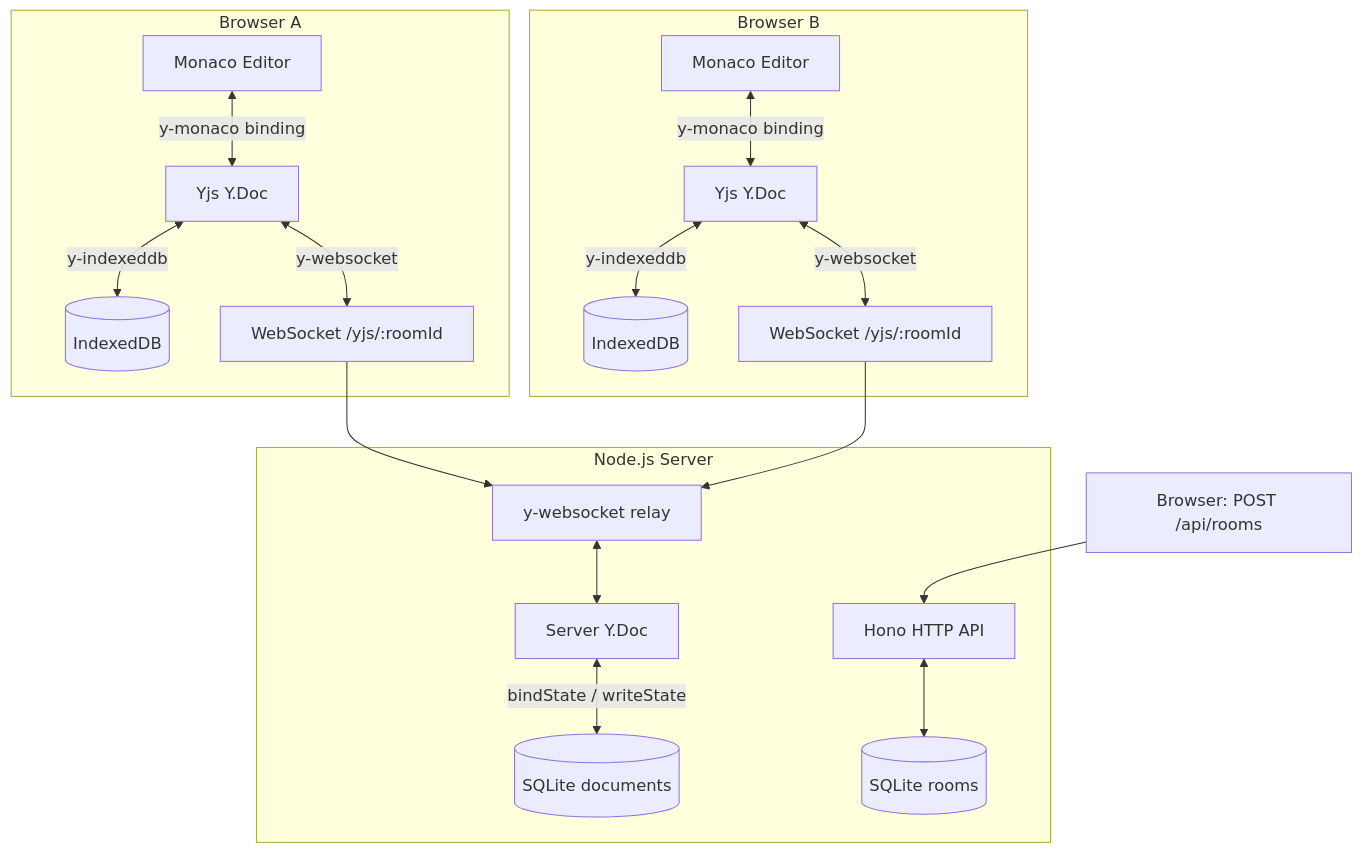
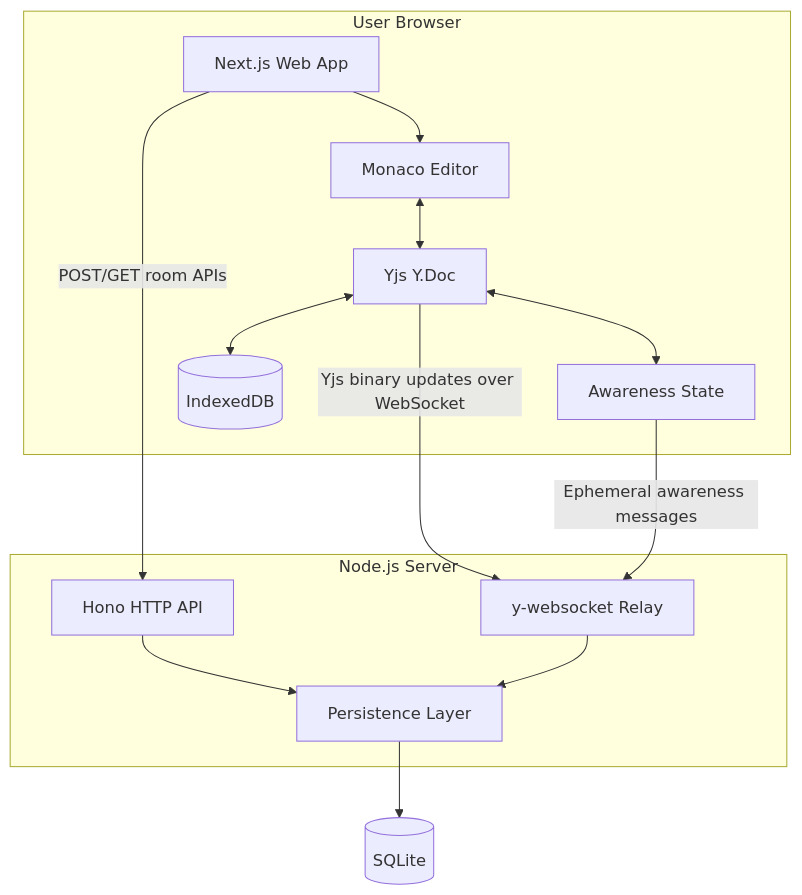
Before and after one commit to farhan-ahmed1/code-duo: the second of 4 diagrams in docs/architecture.md, drawn with Mermaid. The commit also changed other lines of this file and 9 other files, not shown here.

Commit message:
feat: add Architecture Decision Records and update system design documentation

````diff
--- a/docs/architecture.md
+++ b/docs/architecture.md
@@ -13,24 +58,29 @@
 ```mermaid
 graph TD
-    subgraph Browser A
-        MA[Monaco Editor] <-->|y-monaco binding| YA[Yjs Y.Doc]
-        YA <-->|y-indexeddb| IDB_A[(IndexedDB)]
-        YA <-->|y-websocket| WSA
+    subgraph Browser[User Browser]
+        NextApp[Next.js Web App]
+        Monaco[Monaco Editor]
+        YDoc[Yjs Y.Doc]
+        Awareness[Awareness State]
+        IndexedDB[(IndexedDB)]
+        NextApp --> Monaco
+        Monaco <--> YDoc
+        YDoc <--> Awareness
+        YDoc <--> IndexedDB
     end
 
-    subgraph Browser B
-        MB[Monaco Editor] <-->|y-monaco binding| YB[Yjs Y.Doc]
-        YB <-->|y-indexeddb| IDB_B[(IndexedDB)]
-        YB <-->|y-websocket| WSB
+    subgraph Server[Node.js Server]
+        Api[Hono HTTP API]
+        Relay[y-websocket Relay]
+        Persistence[Persistence Layer]
+        Api --> Persistence
+        Relay --> Persistence
     end
 
-    subgraph Server [Node.js Server]
-        WSA[WebSocket /yjs/:roomId] --> Relay[y-websocket relay]
-        WSB[WebSocket /yjs/:roomId] --> Relay
-        Relay <--> YS[Server Y.Doc]
-        YS <-->|bindState / writeState| DS[(SQLite documents)]
-        API[Hono HTTP API] <--> RS[(SQLite rooms)]
-    end
+    SQLite[(SQLite)]
 
-    Browser_A_HTTP[Browser: POST /api/rooms] --> API
+    NextApp -->|POST/GET room APIs| Api
+    YDoc -->|Yjs binary updates over WebSocket| Relay
+    Awareness -->|Ephemeral awareness messages| Relay
+    Persistence --> SQLite
 ```
````
